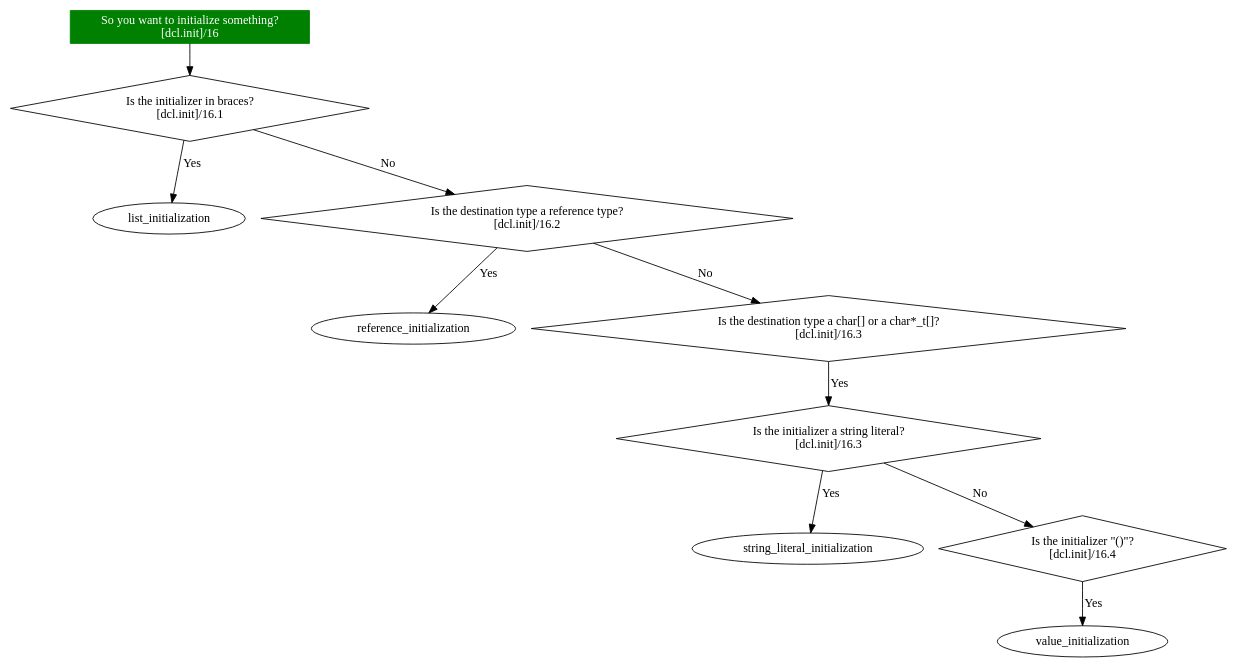
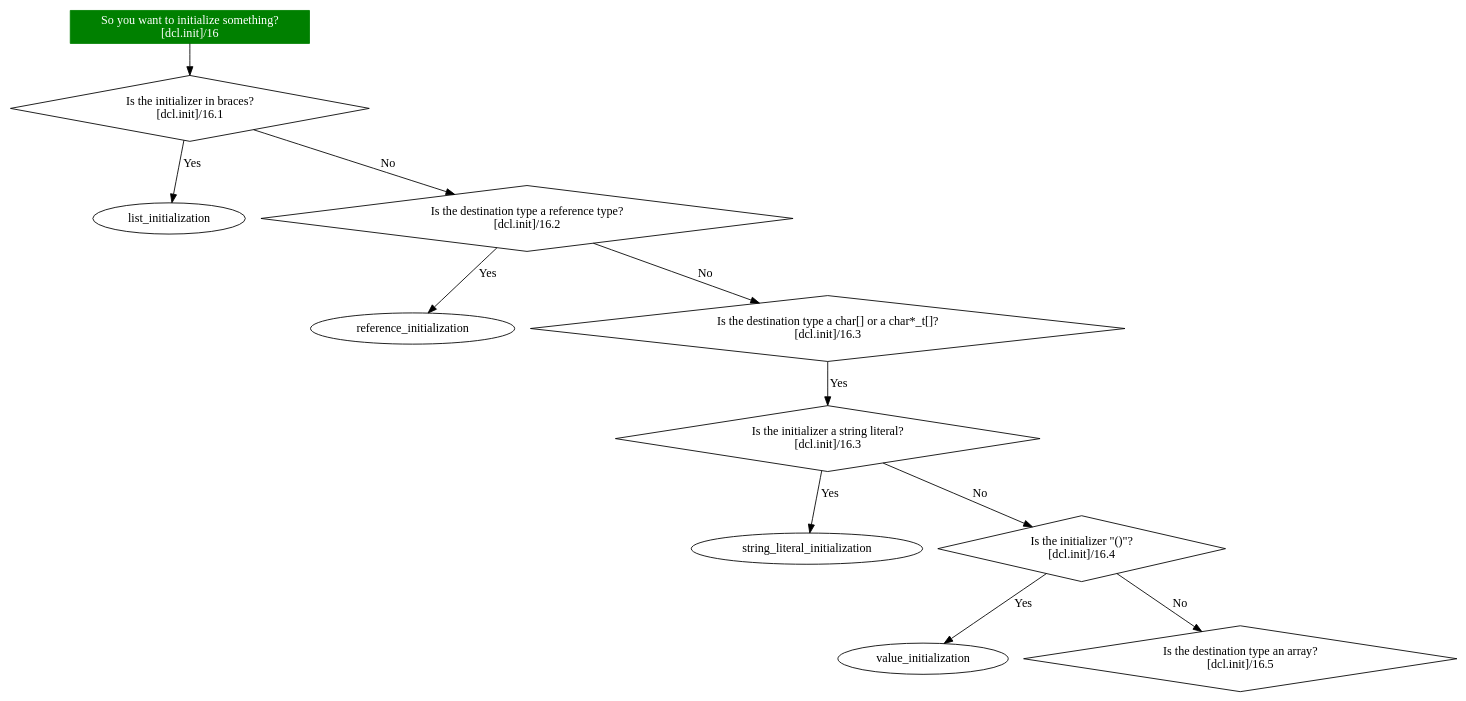
The diagram in flowchart.dot (randomnetcat/cpp_initialization), drawn with Graphviz before and after one commit.

Commit message:
Add array question

```diff
--- a/flowchart.dot
+++ b/flowchart.dot
@@ -1,22 +1,25 @@
 digraph initialization {
     start [label="So you want to initialize something?\n[dcl.init]/16", style=filled, fillcolor=green, shape=box, color=green, fontcolor=white]
         start -> is_braced
 
     is_braced [label="Is the initializer in braces?\n[dcl.init]/16.1", shape=diamond]
         is_braced -> list_initialization [label="Yes"]
         is_braced -> is_dest_reference [label="No"]
     
     is_dest_reference [label="Is the destination type a reference type?\n[dcl.init]/16.2", shape=diamond]
         is_dest_reference -> reference_initialization [label="Yes"]
         is_dest_reference -> is_char_arr_init [label="No"]
     
     is_char_arr_init [label="Is the destination type a char[] or a char*_t[]?\n[dcl.init]/16.3", shape=diamond]
         is_char_arr_init -> is_char_arr_literal_init [label="Yes"]
     
     is_char_arr_literal_init [label="Is the initializer a string literal?\n[dcl.init]/16.3", shape=diamond]
         is_char_arr_literal_init -> string_literal_initialization [label="Yes"]
         is_char_arr_literal_init -> is_initializer_empty_parens [label="No"]
 
     is_initializer_empty_parens [label="Is the initializer \"()\"?\n[dcl.init]/16.4", shape=diamond]
         is_initializer_empty_parens -> value_initialization [label="Yes"]
+        is_initializer_empty_parens -> is_dest_array [label="No"]
+
+    is_dest_array[label="Is the destination type an array?\n[dcl.init]/16.5", shape=diamond]
 }
```
